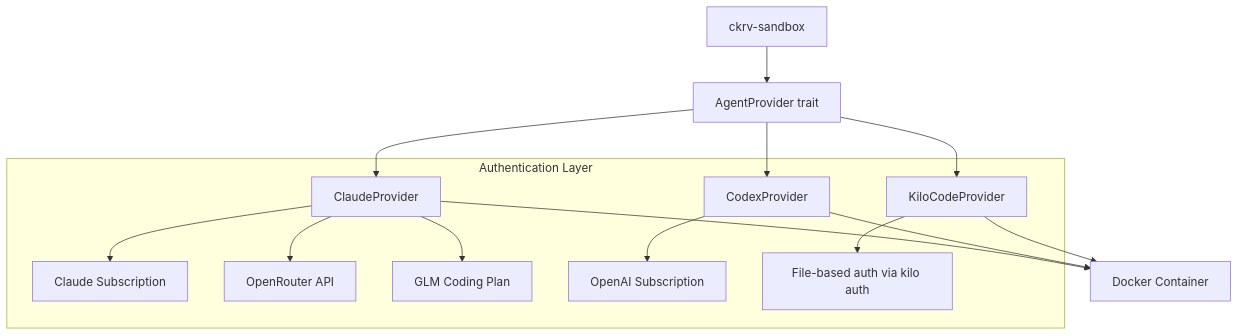
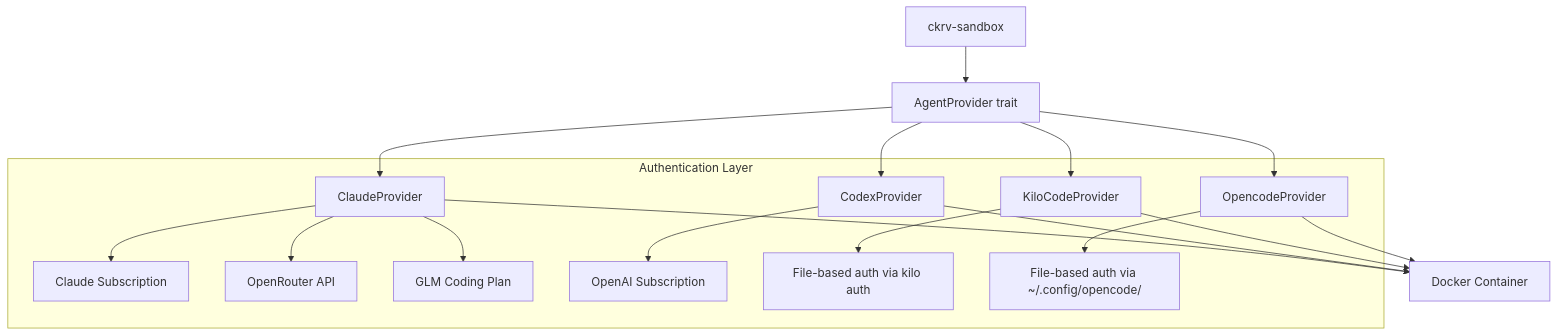
The diagram in crates/docs/agent-guide.md (FnSK4R17s/chakravarti-cli), drawn with Mermaid before and after one commit. The commit also changed other lines of this file and 4 other files, not shown here.

````diff
--- a/crates/docs/agent-guide.md
+++ b/crates/docs/agent-guide.md
@@ -56,19 +59,22 @@
 ```mermaid
 graph TD
     Sandbox[ckrv-sandbox] --> Provider[AgentProvider trait]
     Provider --> Claude[ClaudeProvider]
     Provider --> Codex[CodexProvider]
     Provider --> Kilo[KiloCodeProvider]
-    
+    Provider --> Opencode[OpencodeProvider]
+
     Claude --> Docker[Docker Container]
     Codex --> Docker
     Kilo --> Docker
-    
+    Opencode --> Docker
+
     subgraph "Authentication Layer"
         Claude --> ClaudeSub[Claude Subscription]
         Claude --> OpenRouter[OpenRouter API]
         Claude --> GLM[GLM Coding Plan]
         Codex --> OpenAISub[OpenAI Subscription]
         Kilo --> KiloAuth[File-based auth via kilo auth]
+        Opencode --> OcAuth[File-based auth via ~/.config/opencode/]
     end
 ```
````
